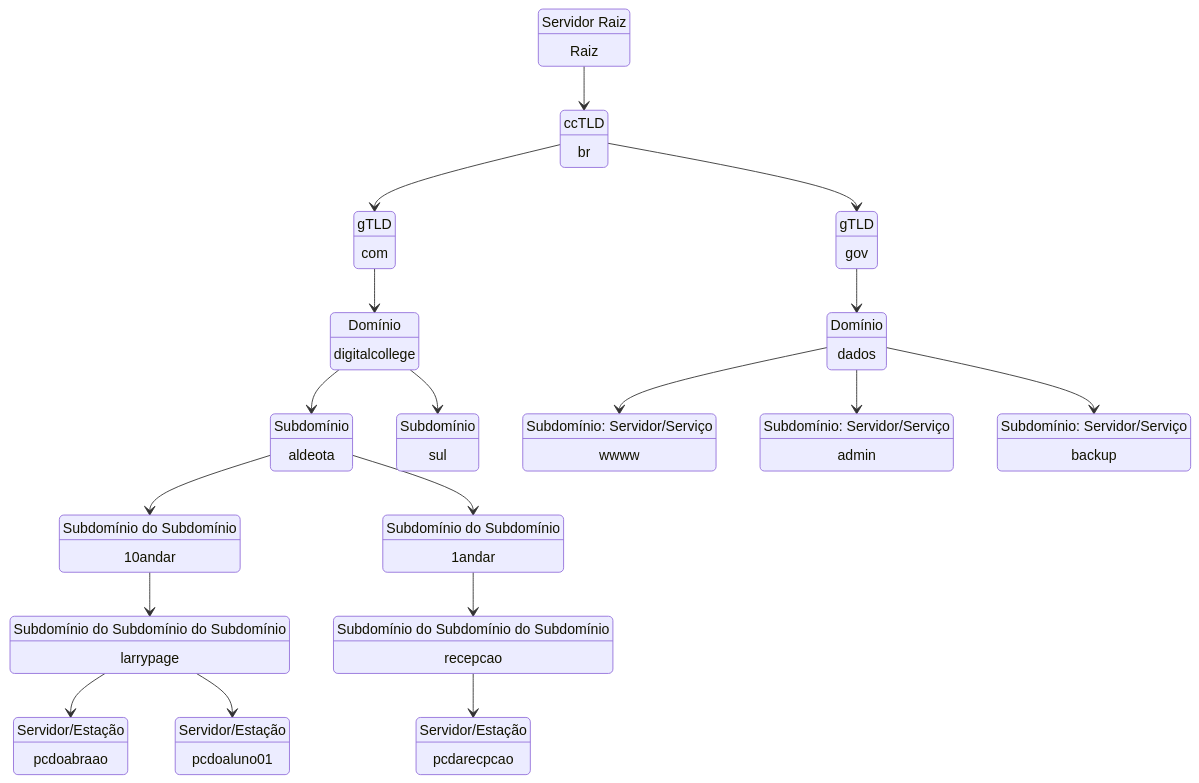
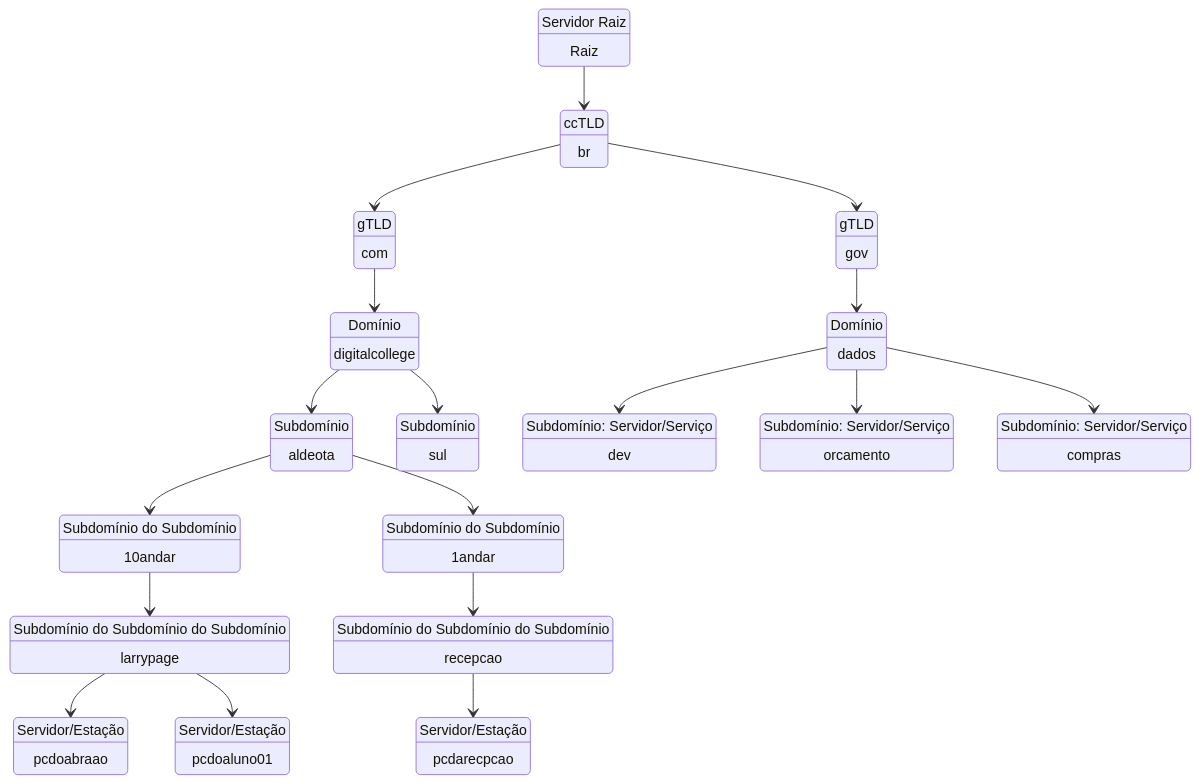
The diagram in content/dns.md (dcTeam23/fundamentos), drawn with Mermaid before and after one commit. The commit also changed other lines of this file, not shown here.

````diff
--- a/content/dns.md
+++ b/content/dns.md
@@ -74,60 +86,60 @@
 ```mermaid
 
 stateDiagram-v2
 state "Servidor Raiz" as ServidorRaiz1
 state "ccTLD" as Altonivel1
 state "gTLD" as DNSConAutoridade1
 state "gTLD" as DNSConAutoridade2
 state "Domínio" as Site1
 state "Domínio" as Site2
 state "Subdomínio" as ServidorRedeSede1
 state "Subdomínio" as ServidorRedeSede2
 state "Subdomínio do Subdomínio" as ServidorRedeAndar1
 state "Subdomínio do Subdomínio" as ServidorRedeAndar2
 state "Subdomínio do Subdomínio do Subdomínio" as ServidorSala1
 state "Subdomínio do Subdomínio do Subdomínio" as ServidorSala2
 state "Servidor/Estação" as MaquinaDesktop1
 state "Servidor/Estação"as MaquinaDesktop2
 state "Servidor/Estação" as MaquinaDesktop3
 state "Subdomínio: Servidor/Serviço" as MaquinaServidor1
 state "Subdomínio: Servidor/Serviço" as MaquinaServidor2
 state "Subdomínio: Servidor/Serviço" as MaquinaServidor3
 
     ServidorRaiz1 --> Altonivel1
     Altonivel1 --> DNSConAutoridade1
     Altonivel1 --> DNSConAutoridade2
     DNSConAutoridade1 --> Site1
     DNSConAutoridade2 --> Site2
     Site2   --> MaquinaServidor1
     Site2   --> MaquinaServidor2
     Site2   --> MaquinaServidor3    
     Site1 --> ServidorRedeSede1
     Site1 --> ServidorRedeSede2
     ServidorRedeSede1 --> ServidorRedeAndar1
     ServidorRedeSede1 --> ServidorRedeAndar2
     ServidorRedeAndar1 -->  ServidorSala1
     ServidorRedeAndar2 --> ServidorSala2
     ServidorSala1 --> MaquinaDesktop1
     ServidorSala1 --> MaquinaDesktop2
     ServidorSala2 --> MaquinaDesktop3
     
 state "Raiz" as ServidorRaiz1
 state "br" as Altonivel1
 state "com" as DNSConAutoridade1
 state "gov" as DNSConAutoridade2
 state "digitalcollege" as Site1
 state "dados" as Site2
 state "aldeota" as ServidorRedeSede1
 state "sul" as ServidorRedeSede2
 state "10andar" as ServidorRedeAndar1
 state "1andar" as ServidorRedeAndar2
 state "larrypage" as ServidorSala1
 state "recepcao" as ServidorSala2
 state "pcdoabraao" as MaquinaDesktop1
 state "pcdoaluno01"as MaquinaDesktop2
 state "pcdarecpcao" as MaquinaDesktop3
-state "wwww" as MaquinaServidor1
-state "admin" as MaquinaServidor2
-state "backup" as MaquinaServidor3
+state "dev" as MaquinaServidor1
+state "orcamento" as MaquinaServidor2
+state "compras" as MaquinaServidor3
 
 ```
````
